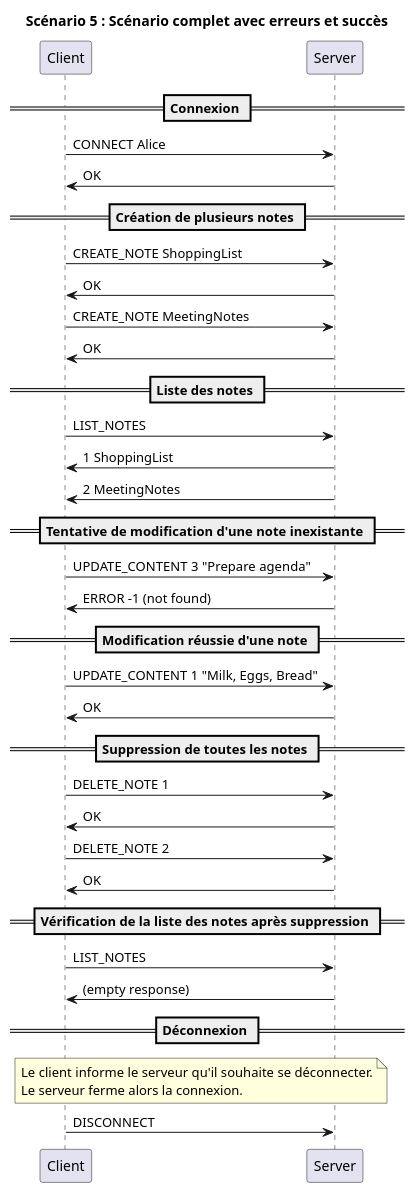
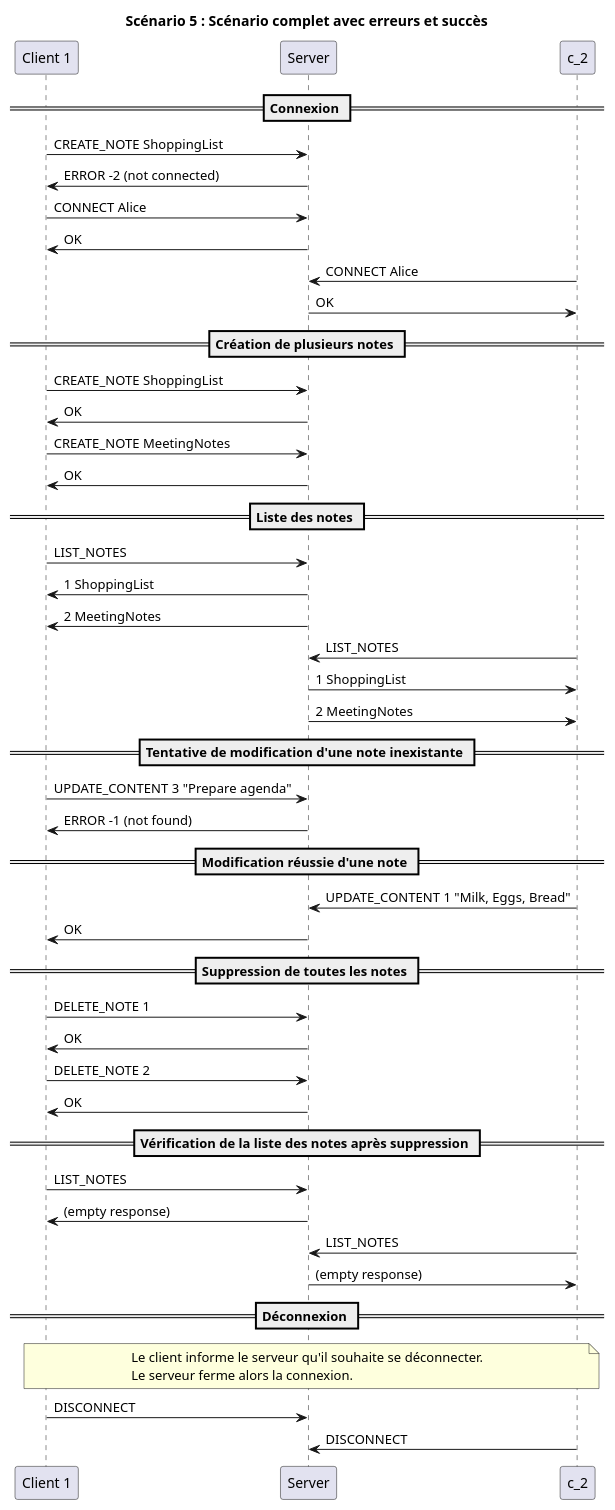
One commit to HEIG-VD-DAI-Iseni-Jacobs/no-tion changed the diagram in docs/images/complete.plantuml. Above: the diagram before and after it, drawn with PlantUML. The commit also changed 3 other files, not shown here.

Commit message:
errors added and complete uml modified

```diff
--- a/docs/images/complete.plantuml
+++ b/docs/images/complete.plantuml
@@ -1,59 +1,73 @@
 @startuml no-tion-scenario-5
 
 title "Scénario 5 : Scénario complet avec erreurs et succès"
 
-participant "Client" as c
+participant "Client 1" as c_1
 participant "Server" as s
 
 == Connexion ==
 
-c->s : CONNECT Alice
-s->c : OK
+c_1->s : CREATE_NOTE ShoppingList
+s->c_1 : ERROR -2 (not connected)
+
+c_1->s : CONNECT Alice
+s->c_1 : OK
+
+c_2->s : CONNECT Alice
+s->c_2 : OK
 
 == Création de plusieurs notes ==
 
-c->s : CREATE_NOTE ShoppingList
-s->c : OK
+c_1->s : CREATE_NOTE ShoppingList
+s->c_1 : OK
 
-c->s : CREATE_NOTE MeetingNotes
-s->c : OK
+c_1->s : CREATE_NOTE MeetingNotes
+s->c_1 : OK
 
 == Liste des notes ==
 
-c->s : LIST_NOTES
-s->c : 1 ShoppingList
-s->c : 2 MeetingNotes
+c_1->s : LIST_NOTES
+s->c_1 : 1 ShoppingList
+s->c_1 : 2 MeetingNotes
+
+c_2->s : LIST_NOTES
+s->c_2 : 1 ShoppingList
+s->c_2 : 2 MeetingNotes
 
 == Tentative de modification d'une note inexistante ==
 
-c->s : UPDATE_CONTENT 3 "Prepare agenda"
-s->c : ERROR -1 (not found)
+c_1->s : UPDATE_CONTENT 3 "Prepare agenda"
+s->c_1 : ERROR -1 (not found)
 
 == Modification réussie d'une note ==
 
-c->s : UPDATE_CONTENT 1 "Milk, Eggs, Bread"
-s->c : OK
+c_2->s : UPDATE_CONTENT 1 "Milk, Eggs, Bread"
+s->c_1 : OK
 
 == Suppression de toutes les notes ==
 
-c->s : DELETE_NOTE 1
-s->c : OK
+c_1->s : DELETE_NOTE 1
+s->c_1 : OK
 
-c->s : DELETE_NOTE 2
-s->c : OK
+c_1->s : DELETE_NOTE 2
+s->c_1 : OK
 
 == Vérification de la liste des notes après suppression ==
 
-c->s : LIST_NOTES
-s->c : (empty response)
+c_1->s : LIST_NOTES
+s->c_1 : (empty response)
+
+c_2->s : LIST_NOTES
+s->c_2 : (empty response)
 
 == Déconnexion ==
 
-note over c, s
+note over c_1, c_2
 Le client informe le serveur qu'il souhaite se déconnecter.
 Le serveur ferme alors la connexion.
 end note
 
-c->s : DISCONNECT
+c_1->s : DISCONNECT
+c_2->s : DISCONNECT
 
 @enduml
```
